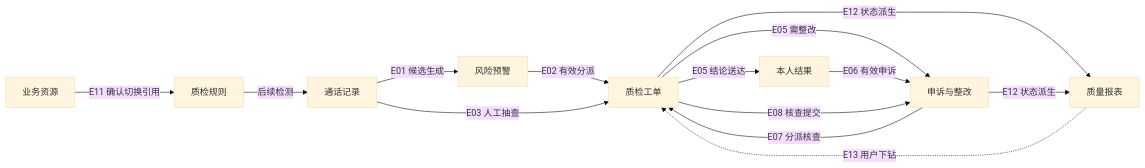
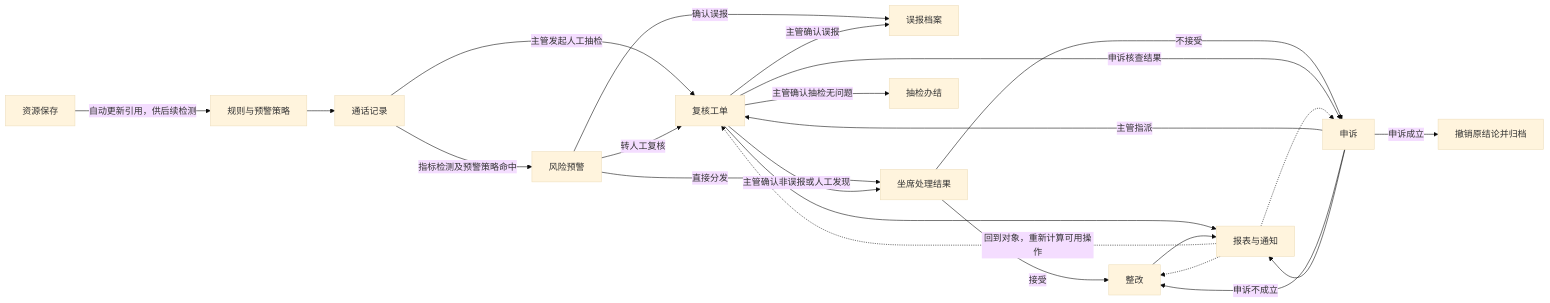
Before and after one commit to h-pl/bank-voice-qc-mvp-p0: the diagram in docs/reviews/页面流程/events.mmd, drawn with Mermaid (base theme). The commit also changed 253 other files, not shown here.

```diff
--- a/docs/reviews/页面流程/events.mmd
+++ b/docs/reviews/页面流程/events.mmd
@@ -1,14 +1,24 @@
+%% 当前6001流程，2026-09-23；历史版本见 archive/流程图-20260923复核前
 flowchart LR
- C[通话记录] -->|E01 候选生成| A[风险预警]
- A -->|E02 有效分派| W[质检工单]
- C -->|E03 人工抽查| W
- W -->|E05 结论送达| O[本人结果]
- W -->|E05 需整改| I[申诉与整改]
- O -->|E06 有效申诉| I
- I -->|E07 分派核查| W
- W -->|E08 核查提交| I
- R[业务资源] -->|E11 确认切换引用| Q[质检规则]
- Q -->|后续检测| C
- W -->|E12 状态派生| P[质量报表]
- I -->|E12 状态派生| P
- P -.->|E13 用户下钻| W
+ C[通话记录] -->|指标检测及预警策略命中| A[风险预警]
+ C -->|主管发起人工抽检| W[复核工单]
+ A -->|转人工复核| W
+ A -->|确认误报| F[误报档案]
+ A -->|直接分发| O[坐席处理结果]
+ W -->|主管确认非误报或人工发现| O
+ W -->|主管确认误报| F
+ W -->|主管确认抽检无问题| Z[抽检办结]
+ O -->|接受| R[整改]
+ O -->|不接受| I[申诉]
+ I -->|主管指派| W
+ W -->|申诉核查结果| I
+ I -->|申诉不成立| R
+ I -->|申诉成立| X[撤销原结论并归档]
+ RES[资源保存] -->|自动更新引用，供后续检测| Q[规则与预警策略]
+ Q --> C
+ W --> P[报表与通知]
+ I --> P
+ R --> P
+ P -.->|回到对象，重新计算可用操作| W
+ P -.-> I
+ P -.-> R
```
